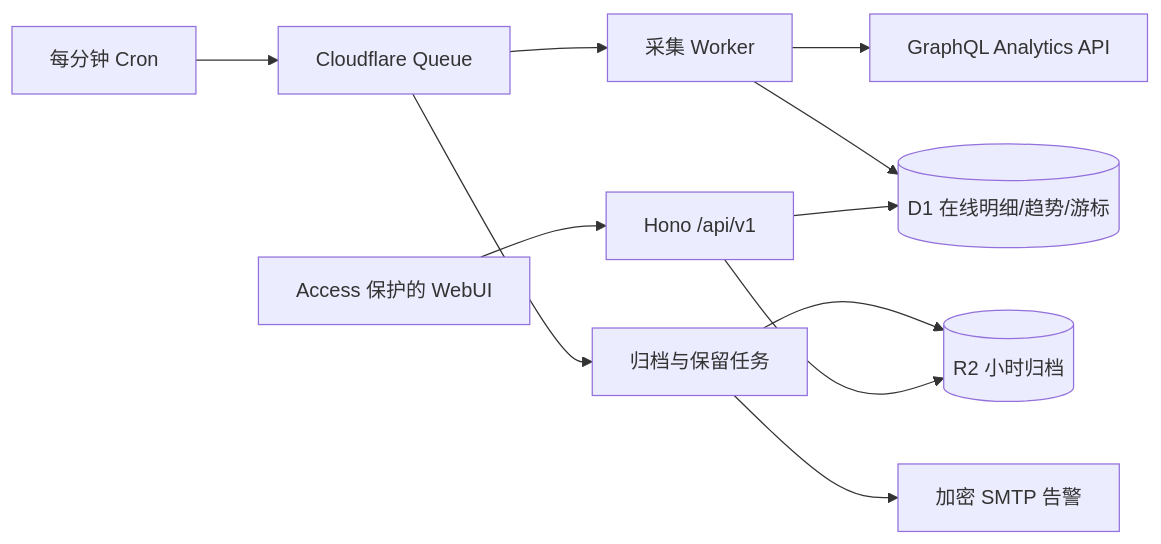
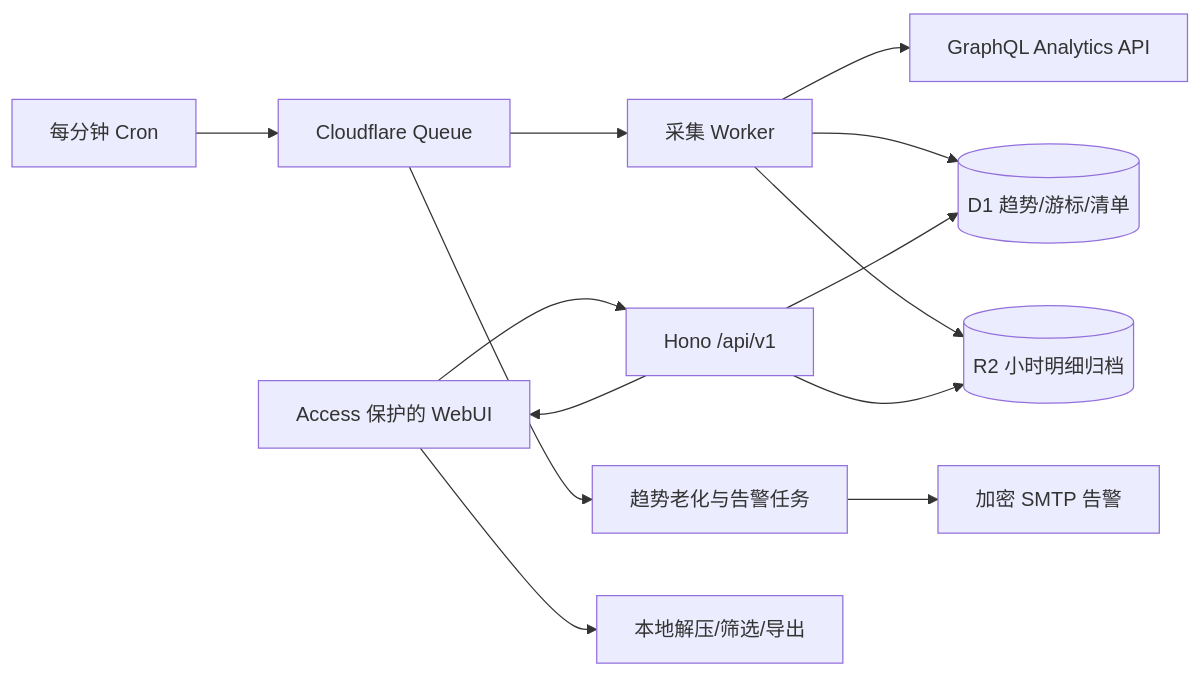
The diagram in README.md (Eric-Terminal/cf-activity-observatory), drawn with Mermaid before and after one commit. The commit also changed other lines of this file and 20 other files, not shown here.

````diff
--- a/README.md
+++ b/README.md
@@ -37,13 +38,15 @@
 ```mermaid
 flowchart LR
   Cron[每分钟 Cron] --> Queue[Cloudflare Queue]
   Queue --> Collector[采集 Worker]
   Collector --> GQL[GraphQL Analytics API]
-  Collector --> D1[(D1 在线明细/趋势/游标)]
-  Queue --> Maintenance[归档与保留任务]
-  Maintenance --> R2[(R2 小时归档)]
+  Collector --> D1[(D1 趋势/游标/清单)]
+  Collector --> R2[(R2 小时明细归档)]
+  Queue --> Maintenance[趋势老化与告警任务]
   Browser[Access 保护的 WebUI] --> API[Hono /api/v1]
   API --> D1
   API --> R2
+  API --> Browser
+  Browser --> Local[本地解压/筛选/导出]
   Maintenance --> SMTP[加密 SMTP 告警]
 ```
````
